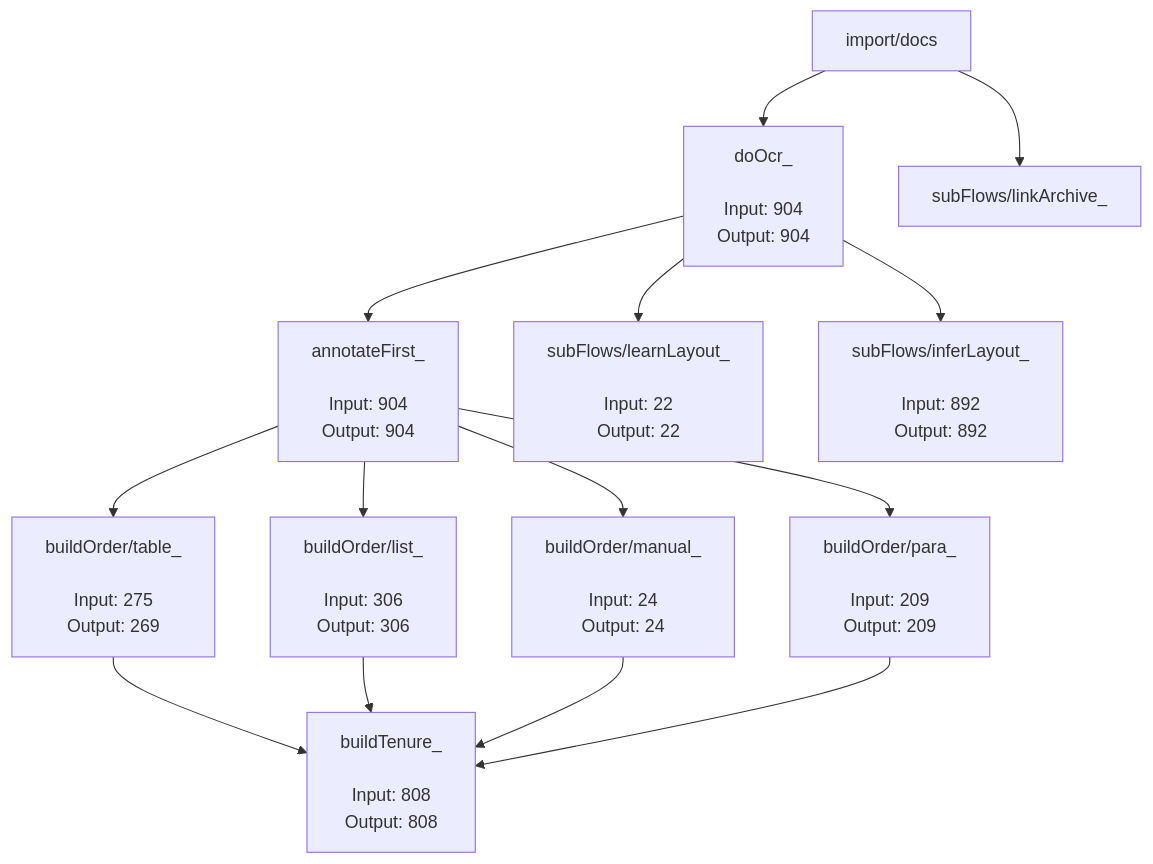
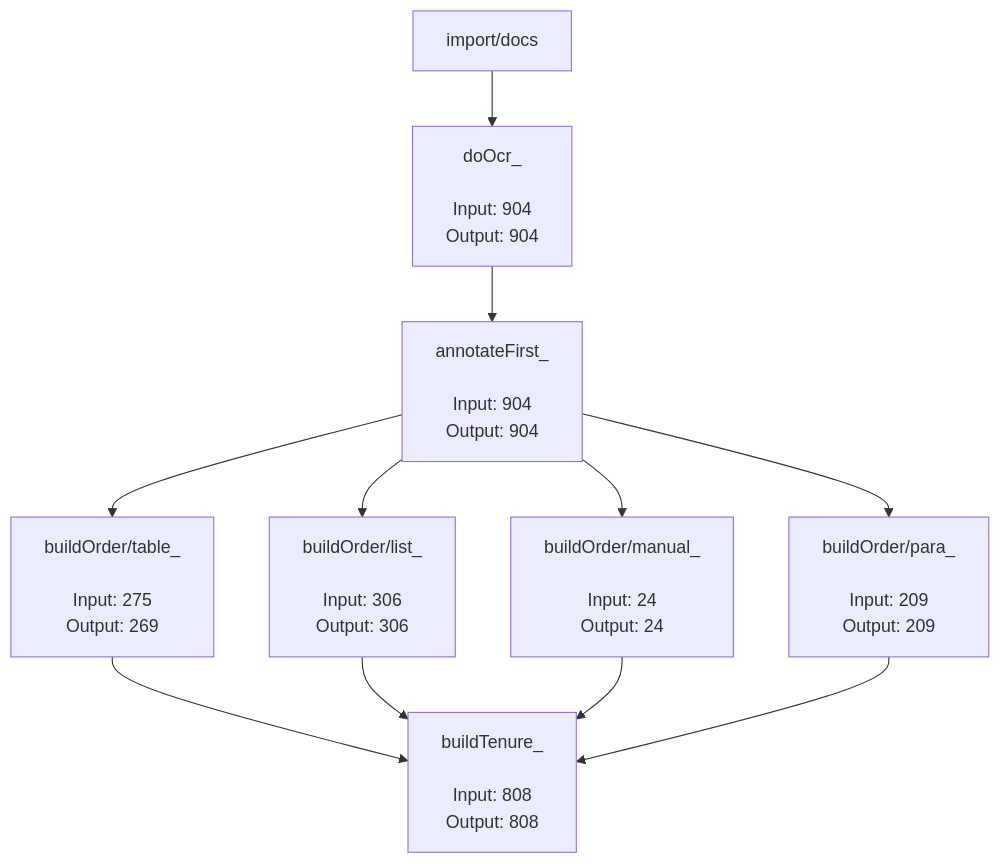
Before and after one commit to mukundesh/calcu: the diagram in tests/README.md, drawn with Mermaid.

````diff
--- a/tests/README.md
+++ b/tests/README.md
@@ -1,26 +1,21 @@
 ```mermaid
 graph TD;
-	buildOrder/table_[<div align=leg>buildOrder/table_</div><br/>Input: 275<br/>Output: 269] --> buildTenure_[<div align=leg>buildTenure_</div><br/>Input: 808<br/>Output: 808];
-	buildOrder/list_[<div align=leg>buildOrder/list_</div><br/>Input: 306<br/>Output: 306] --> buildTenure_[<div align=leg>buildTenure_</div><br/>Input: 808<br/>Output: 808];
-	buildOrder/manual_[<div align=leg>buildOrder/manual_</div><br/>Input: 24<br/>Output: 24] --> buildTenure_[<div align=leg>buildTenure_</div><br/>Input: 808<br/>Output: 808];
-	buildOrder/para_[<div align=leg>buildOrder/para_</div><br/>Input: 209<br/>Output: 209] --> buildTenure_[<div align=leg>buildTenure_</div><br/>Input: 808<br/>Output: 808];
-	annotateFirst_[<div align=leg>annotateFirst_</div><br/>Input: 904<br/>Output: 904] --> buildOrder/table_;
-	annotateFirst_[<div align=leg>annotateFirst_</div><br/>Input: 904<br/>Output: 904] --> buildOrder/list_;
-	annotateFirst_[<div align=leg>annotateFirst_</div><br/>Input: 904<br/>Output: 904] --> buildOrder/manual_;
-	annotateFirst_[<div align=leg>annotateFirst_</div><br/>Input: 904<br/>Output: 904] --> buildOrder/para_;
-	doOcr_[<div align=leg>doOcr_</div><br/>Input: 904<br/>Output: 904] --> annotateFirst_;
-	doOcr_[<div align=leg>doOcr_</div><br/>Input: 904<br/>Output: 904] --> subFlows/learnLayout_[<div align=leg>subFlows/learnLayout_</div><br/>Input: 22<br/>Output: 22];
-	doOcr_[<div align=leg>doOcr_</div><br/>Input: 904<br/>Output: 904] --> subFlows/inferLayout_[<div align=leg>subFlows/inferLayout_</div><br/>Input: 892<br/>Output: 892];
-	import/docs --> subFlows/linkArchive_;
-	import/docs --> doOcr_;
-	click subFlows/inferLayout_ "https://github.com/orgpedia/cabsec2/tree/main/flow/subFlows/inferLayout_" "subFlows/inferLayout_";
-	click annotateFirst_ "https://github.com/orgpedia/cabsec2/tree/main/flow/annotateFirst_" "annotateFirst_";
-	click subFlows/learnLayout_ "https://github.com/orgpedia/cabsec2/tree/main/flow/subFlows/learnLayout_" "subFlows/learnLayout_";
-	click buildOrder/table_ "https://github.com/orgpedia/cabsec2/tree/main/flow/buildOrder/table_" "buildOrder/table_";
-	click buildTenure_ "https://github.com/orgpedia/cabsec2/tree/main/flow/buildTenure_" "buildTenure_";
-	click buildOrder/list_ "https://github.com/orgpedia/cabsec2/tree/main/flow/buildOrder/list_" "buildOrder/list_";
-	click buildOrder/manual_ "https://github.com/orgpedia/cabsec2/tree/main/flow/buildOrder/manual_" "buildOrder/manual_";
-	click doOcr_ "https://github.com/orgpedia/cabsec2/tree/main/flow/doOcr_" "doOcr_";
-	click buildOrder/para_ "https://github.com/orgpedia/cabsec2/tree/main/flow/buildOrder/para_" "buildOrder/para_";
-	click import/docs "https://github.com/orgpedia/cabsec2/tree/main/import/docs" "import/docs";
+        buildOrder/table_[<div align=leg>buildOrder/table_</div><br/>Input: 275<br/>Output: 269] --> buildTenure_[<div align=leg>buildTenure_</div><br/>Input: 808<br/>Output: 808];
+        buildOrder/list_[<div align=leg>buildOrder/list_</div><br/>Input: 306<br/>Output: 306] --> buildTenure_[<div align=leg>buildTenure_</div><br/>Input: 808<br/>Output: 808];
+        buildOrder/manual_[<div align=leg>buildOrder/manual_</div><br/>Input: 24<br/>Output: 24] --> buildTenure_[<div align=leg>buildTenure_</div><br/>Input: 808<br/>Output: 808];
+        buildOrder/para_[<div align=leg>buildOrder/para_</div><br/>Input: 209<br/>Output: 209] --> buildTenure_[<div align=leg>buildTenure_</div><br/>Input: 808<br/>Output: 808];
+        annotateFirst_[<div align=leg>annotateFirst_</div><br/>Input: 904<br/>Output: 904] --> buildOrder/table_;
+        annotateFirst_[<div align=leg>annotateFirst_</div><br/>Input: 904<br/>Output: 904] --> buildOrder/list_;
+        annotateFirst_[<div align=leg>annotateFirst_</div><br/>Input: 904<br/>Output: 904] --> buildOrder/manual_;
+        annotateFirst_[<div align=leg>annotateFirst_</div><br/>Input: 904<br/>Output: 904] --> buildOrder/para_;
+        doOcr_[<div align=leg>doOcr_</div><br/>Input: 904<br/>Output: 904] --> annotateFirst_;
+        import/docs --> doOcr_;
+        click buildOrder/list_ "https://github.com/orgpedia/cabsec2/tree/main/flow/buildOrder/list_" "buildOrder/list_";
+        click buildOrder/table_ "https://github.com/orgpedia/cabsec2/tree/main/flow/buildOrder/table_" "buildOrder/table_";
+        click annotateFirst_ "https://github.com/orgpedia/cabsec2/tree/main/flow/annotateFirst_" "annotateFirst_";
+        click doOcr_ "https://github.com/orgpedia/cabsec2/tree/main/flow/doOcr_" "doOcr_";
+        click buildTenure_ "https://github.com/orgpedia/cabsec2/tree/main/flow/buildTenure_" "buildTenure_";
+        click buildOrder/manual_ "https://github.com/orgpedia/cabsec2/tree/main/flow/buildOrder/manual_" "buildOrder/manual_";
+        click buildOrder/para_ "https://github.com/orgpedia/cabsec2/tree/main/flow/buildOrder/para_" "buildOrder/para_";
+        click import/docs "https://github.com/orgpedia/cabsec2/tree/main/import/docs" "import/docs";
 ```
````
